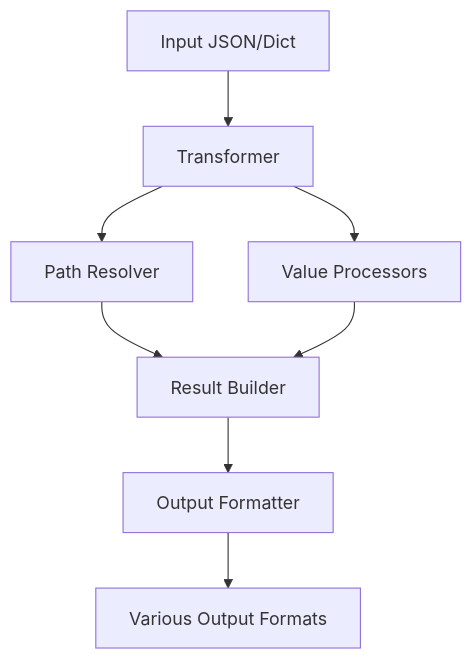
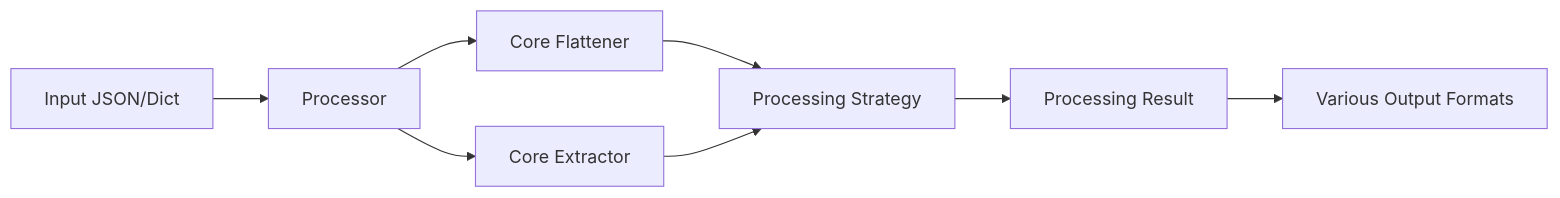
The diagram in docs/dev/architecture.md (scottdraper8/transmog), drawn with Mermaid before and after one commit. The commit also changed other lines of this file and 91 other files, not shown here.

````diff
--- a/docs/dev/architecture.md
+++ b/docs/dev/architecture.md
@@ -10,10 +10,10 @@
 ```{mermaid}
-graph TD
-    A[Input JSON/Dict] --> B[Transformer]
-    B --> C[Path Resolver]
-    B --> D[Value Processors]
-    C --> E[Result Builder]
+graph LR
+    A[Input JSON/Dict] --> B[Processor]
+    B --> C[Core Flattener]
+    B --> D[Core Extractor]
+    C --> E[Processing Strategy]
     D --> E
-    E --> F[Output Formatter]
+    E --> F[Processing Result]
     F --> G[Various Output Formats]
 ```
````
